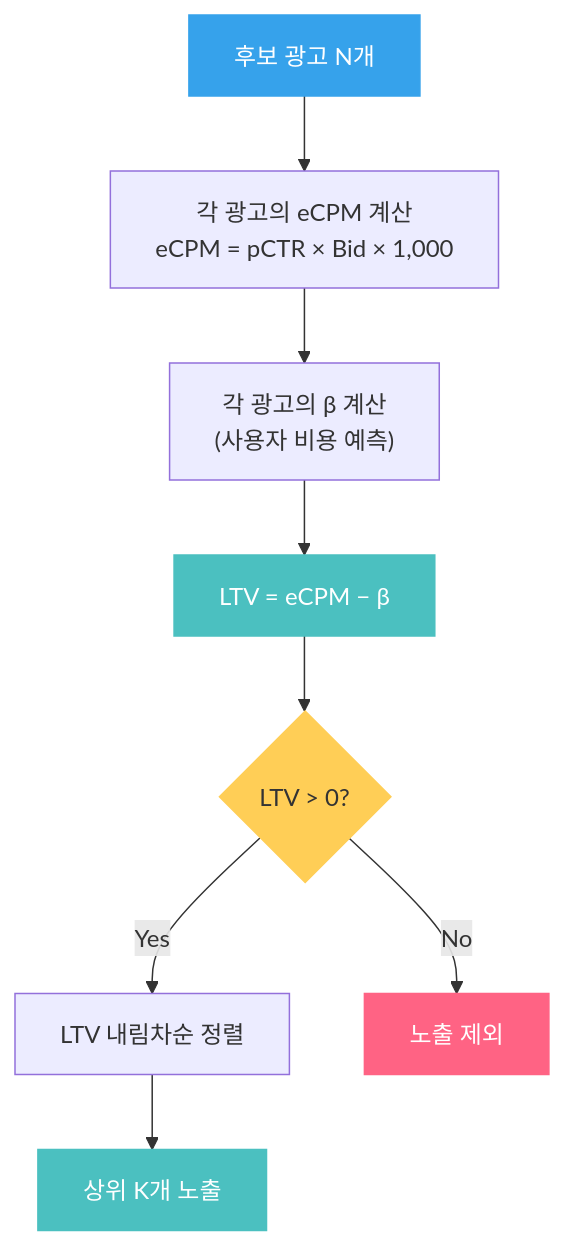
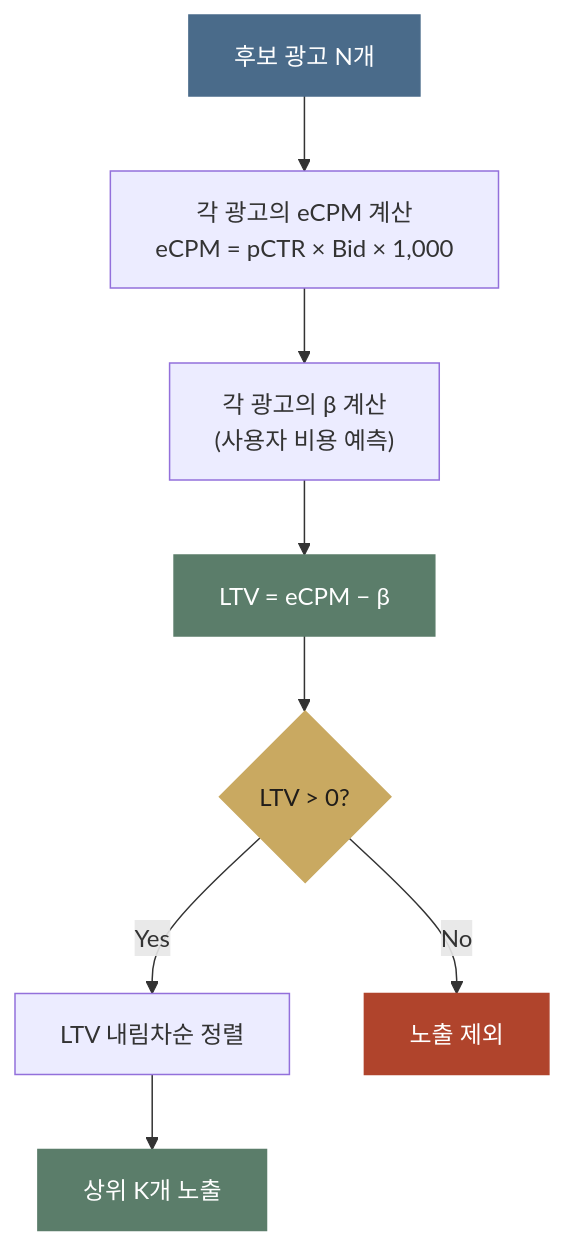
The second of 3 diagrams in posts/ltv-ad-ranking.md (chkimsu/adtech-blog), drawn with Mermaid before and after one commit. The commit also changed other lines of this file and 40 other files, not shown here.

````diff
--- a/posts/ltv-ad-ranking.md
+++ b/posts/ltv-ad-ranking.md
@@ -129,16 +129,16 @@
 ```mermaid
 flowchart TD
     A["후보 광고 N개"] --> B["각 광고의 eCPM 계산<br/>eCPM = pCTR × Bid × 1,000"]
     B --> C["각 광고의 β 계산<br/>(사용자 비용 예측)"]
     C --> D["LTV = eCPM − β"]
     D --> E{"LTV > 0?"}
     E -->|Yes| F["LTV 내림차순 정렬"]
     E -->|No| G["노출 제외"]
     F --> H["상위 K개 노출"]
 
-    style A fill:#36a2eb,stroke:#36a2eb,color:#fff
-    style D fill:#4bc0c0,stroke:#4bc0c0,color:#fff
-    style E fill:#ffce56,stroke:#ffce56,color:#333
-    style G fill:#ff6384,stroke:#ff6384,color:#fff
-    style H fill:#4bc0c0,stroke:#4bc0c0,color:#fff
+    style A fill:#4a6b8a,stroke:#4a6b8a,color:#fff
+    style D fill:#5b7d6a,stroke:#5b7d6a,color:#fff
+    style E fill:#c9a961,stroke:#c9a961,color:#201d1a
+    style G fill:#b0442c,stroke:#b0442c,color:#fff
+    style H fill:#5b7d6a,stroke:#5b7d6a,color:#fff
 ```
````
